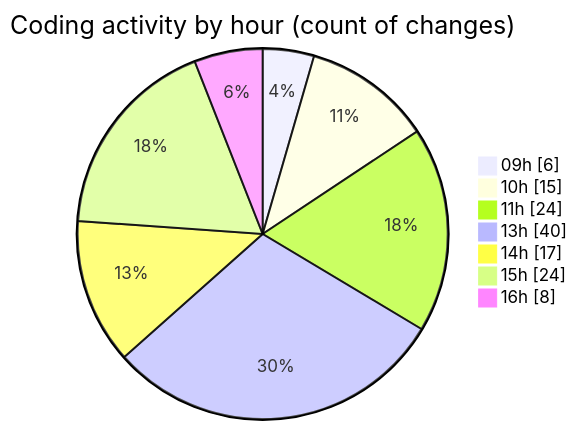
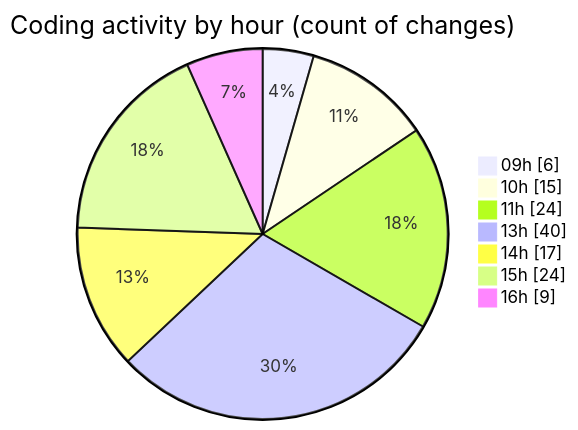
Before and after one commit to momahboobian/code-tracking: the second of 2 diagrams in 2026-04-20/cda/README.md, drawn with Mermaid. The commit also changed other lines of this file and 1 other file, not shown here.

````diff
--- a/2026-04-20/cda/README.md
+++ b/2026-04-20/cda/README.md
@@ -57,11 +57,11 @@
 ```mermaid
 pie showData
 title Coding activity by hour (count of changes)
 "09h" : 6
 "10h" : 15
 "11h" : 24
 "13h" : 40
 "14h" : 17
 "15h" : 24
-"16h" : 8
+"16h" : 9
 ```
````
